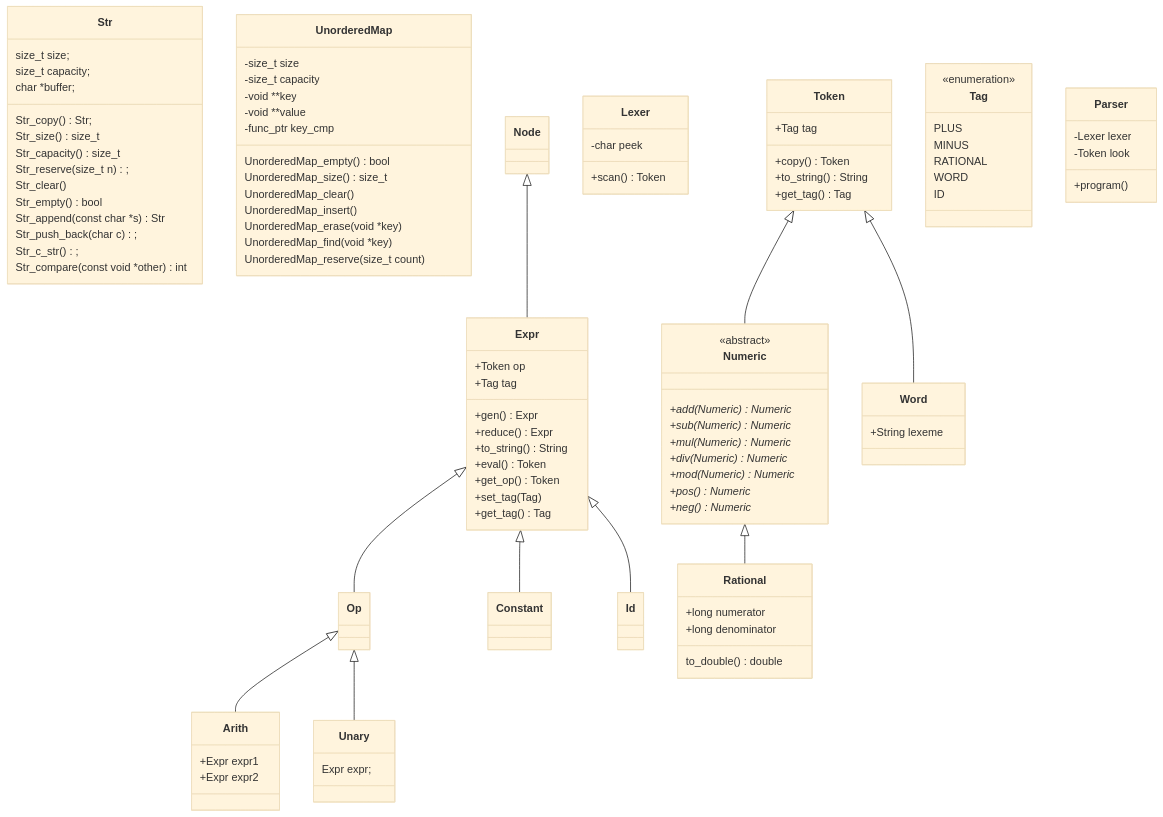
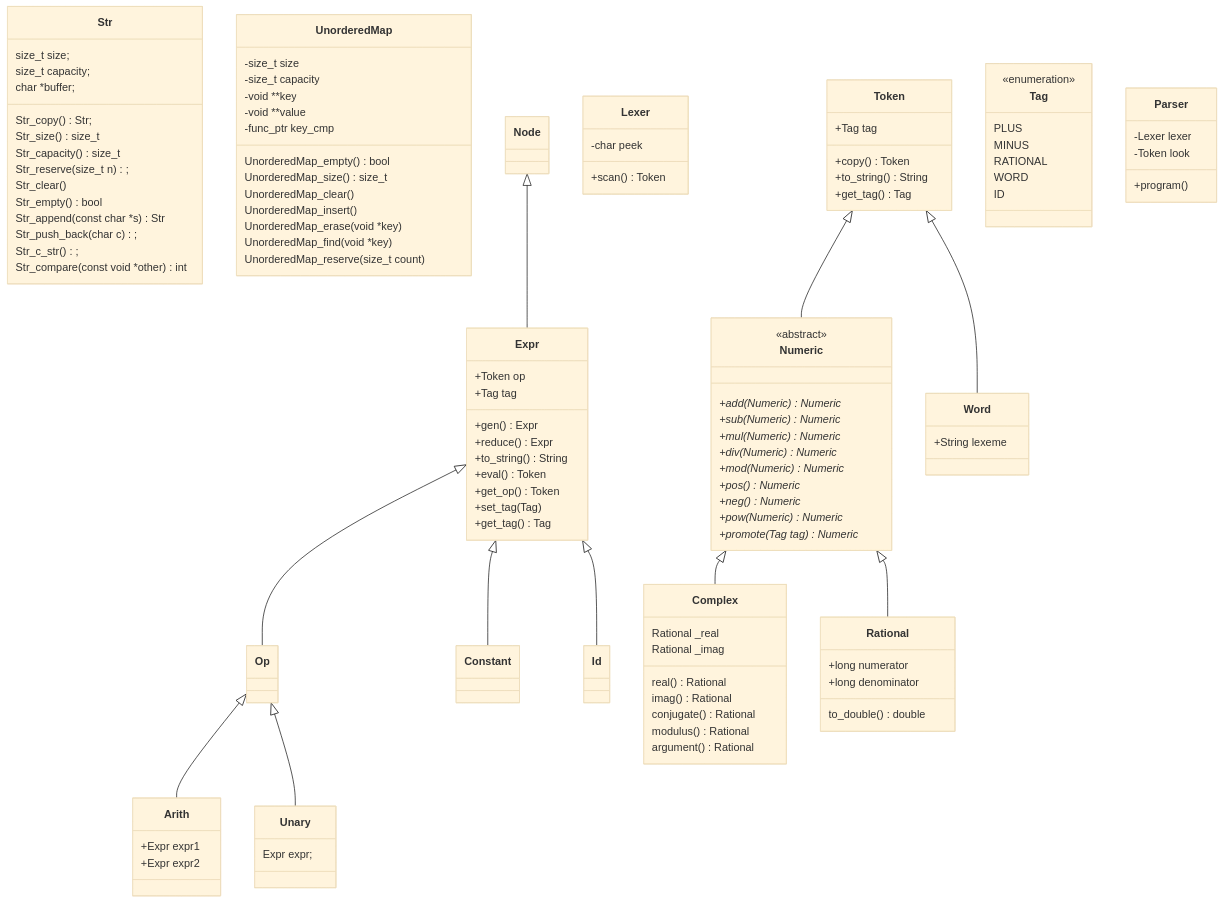
The diagram in diagram.md (nwhean/42_computorv), drawn with Mermaid (base theme) before and after one commit. The commit also changed 9 other files, not shown here.

```diff
--- a/diagram.md
+++ b/diagram.md
@@ -70,6 +70,18 @@
 
 	%% lexer
 
+	Numeric <|-- Complex
+
+	class Complex {
+		Rational _real
+		Rational _imag
+		real() Rational
+		imag() Rational
+		conjugate() Rational
+		modulus() Rational
+		argument() Rational
+	}
+
 	class Lexer {
 		-char peek
 		+scan() Token
@@ -86,6 +98,8 @@
 		+mod(Numeric) Numeric*
 		+pos() Numeric*
 		+neg() Numeric*
+		+pow(Numeric) Numeric*
+		+promote(Tag tag) Numeric*
 	}
 
 	Numeric <|-- Rational
```
